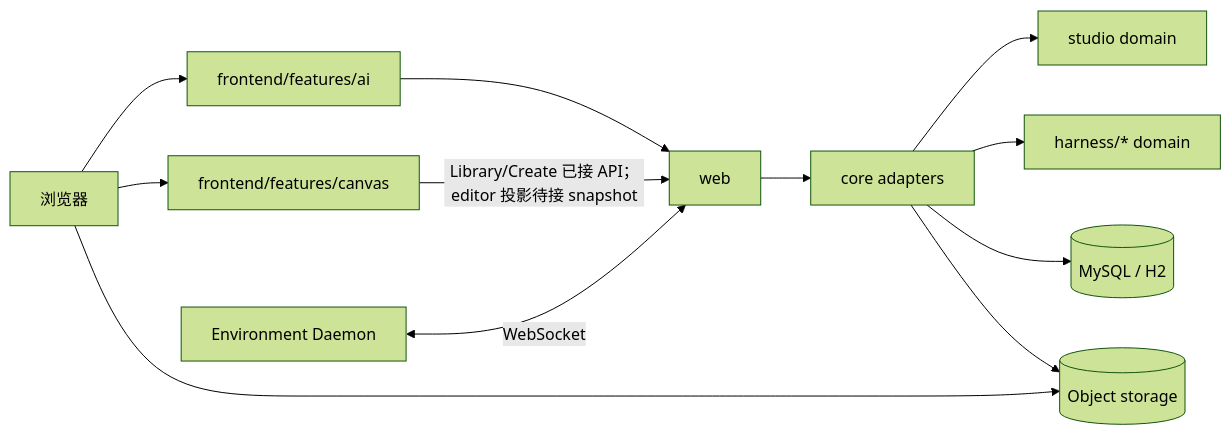
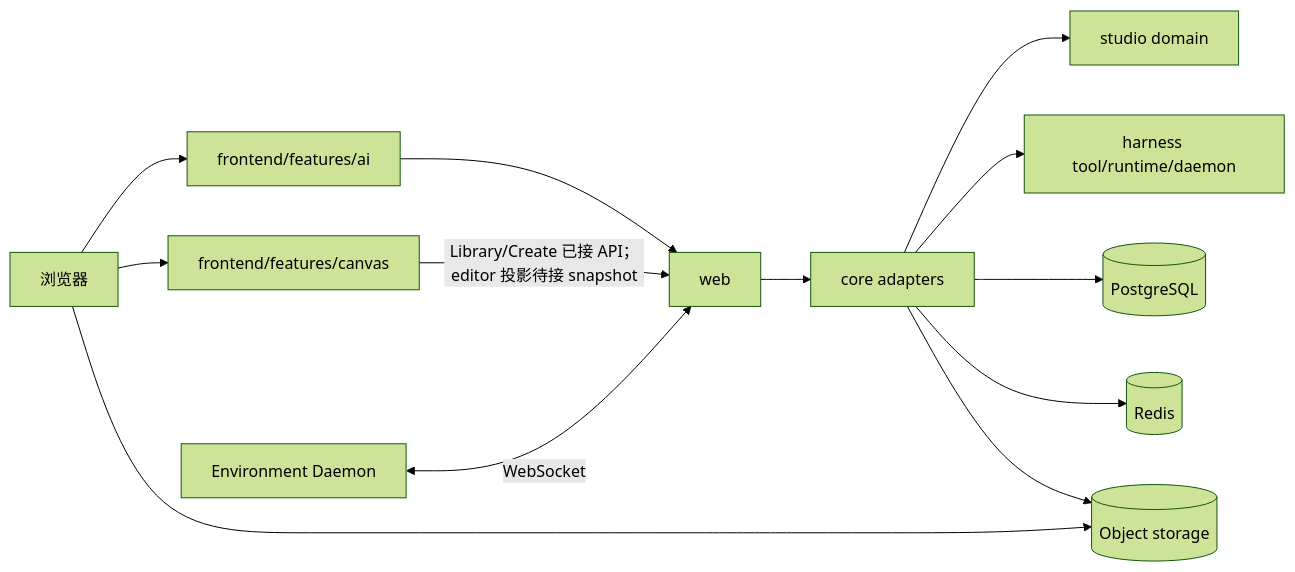
One commit to fengwk/kk-studio changed the diagram in docs/technical-solution/architecture.md. Above: the diagram before and after it, drawn with Mermaid (forest theme). The commit also changed other lines of this file and 27 other files, not shown here.

Commit message:
docs(harness): align architecture and rebuild workflow

````diff
--- a/docs/technical-solution/architecture.md
+++ b/docs/technical-solution/architecture.md
@@ -16,25 +16,27 @@
 ```mermaid
 flowchart LR
     Browser[浏览器]
     FE_AI[frontend/features/ai]
     FE_CV[frontend/features/canvas]
     Web[web]
     Core[core adapters]
     Studio[studio domain]
-    Harness[harness/* domain]
-    Store[(MySQL / H2)]
+    Harness[harness tool/runtime/daemon]
+    Store[(PostgreSQL)]
+    Redis[(Redis)]
     S3[(Object storage)]
     Env[Environment Daemon]
 
     Browser --> FE_AI
     Browser --> FE_CV
     FE_AI --> Web
     FE_CV -->|Library/Create 已接 API；editor 投影待接 snapshot| Web
     Web --> Core
     Core --> Studio
     Core --> Harness
     Core --> Store
+    Core --> Redis
     Core --> S3
     Browser --> S3
     Env <-->|WebSocket| Web
 ```
````
